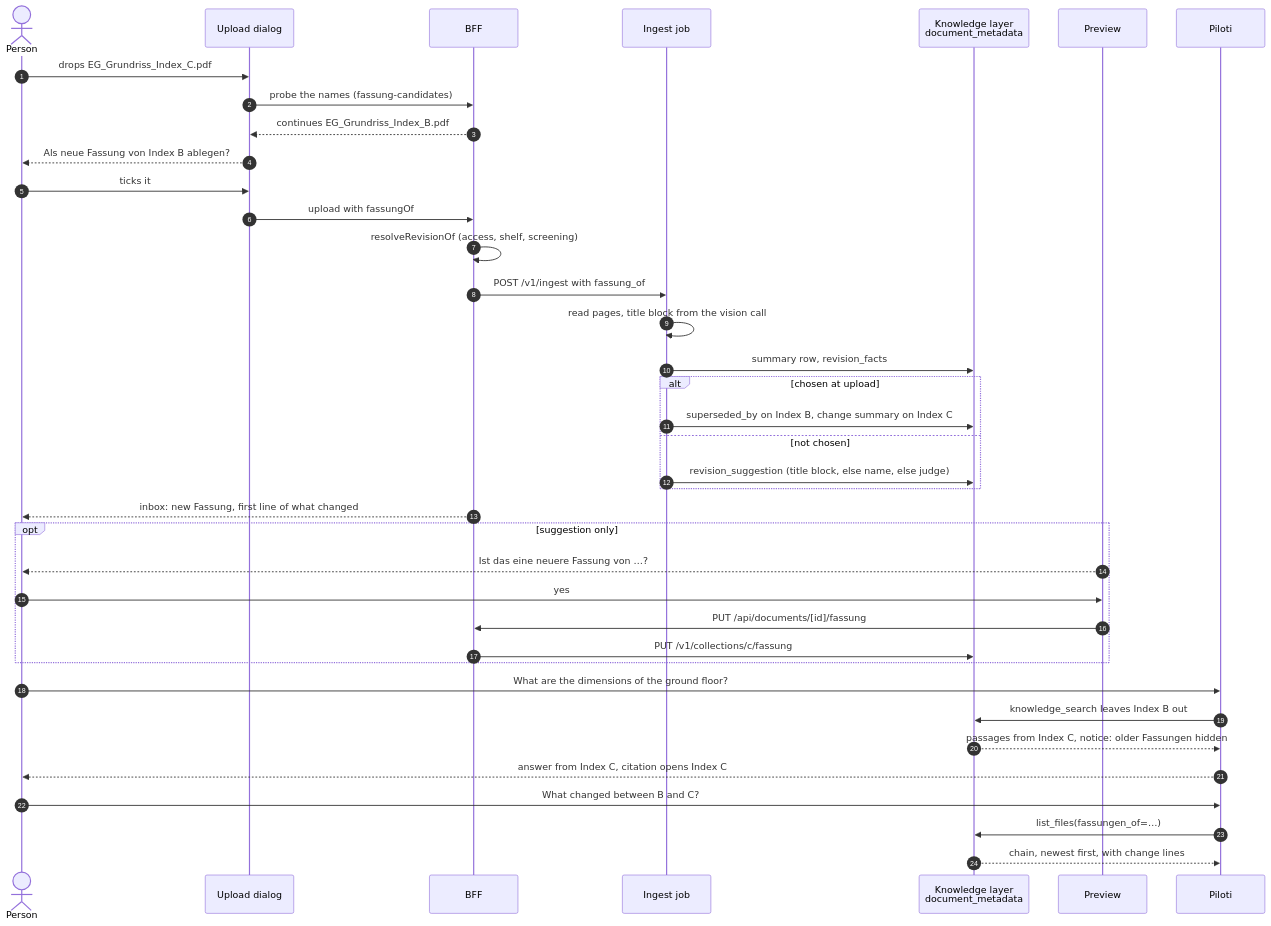
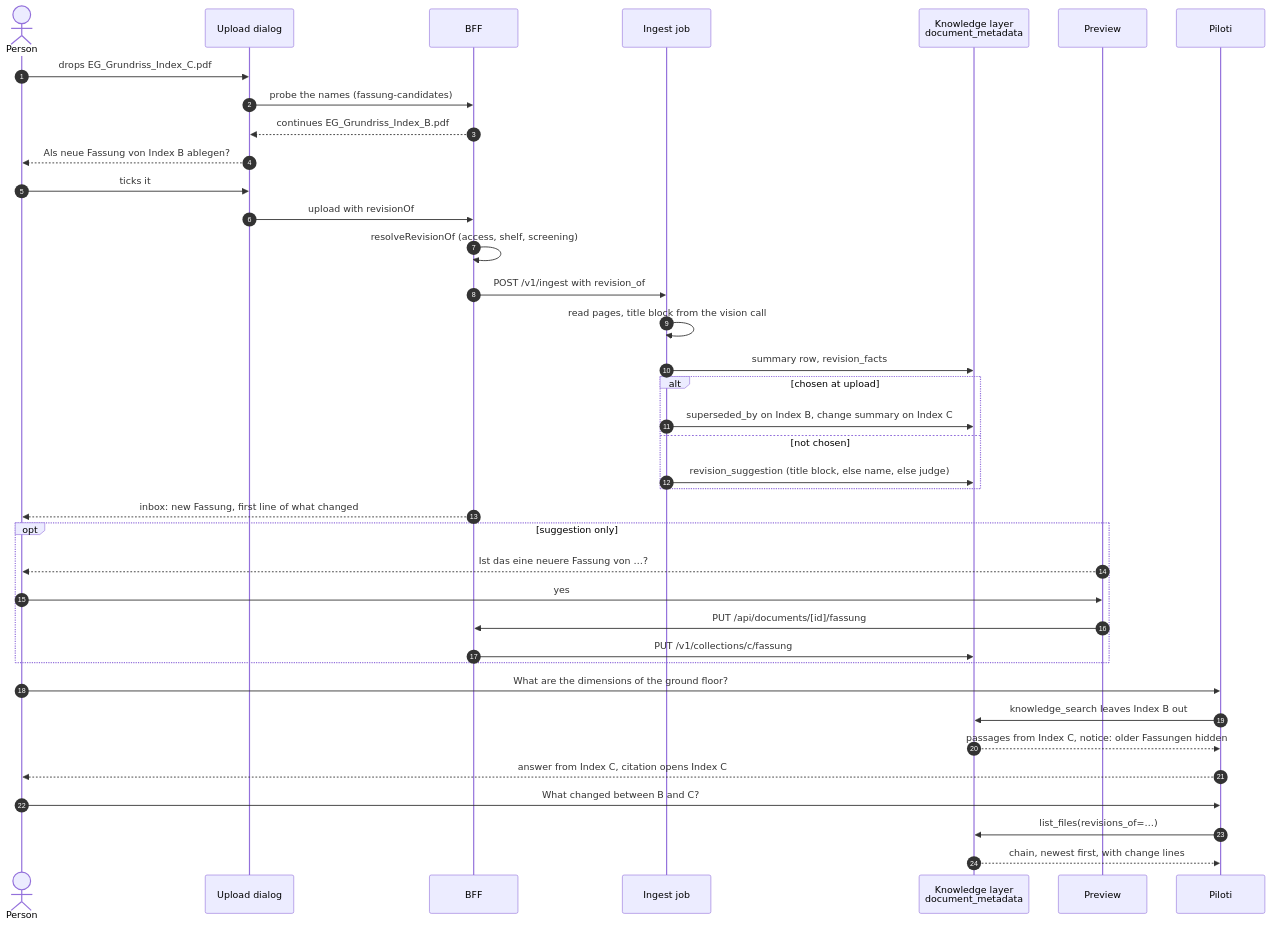
Before and after one commit to archos-at/archos: the diagram in docs/architecture/revisions.md, drawn with Mermaid. The commit also changed other lines of this file and 826 other files, not shown here.

````diff
--- a/docs/architecture/revisions.md
+++ b/docs/architecture/revisions.md
@@ -438,41 +438,41 @@
 ```mermaid
 sequenceDiagram
     autonumber
     actor P as Person
     participant UI as Upload dialog
     participant BFF as BFF
     participant IN as Ingest job
     participant KL as Knowledge layer<br/>document_metadata
     participant PV as Preview
     participant AG as Piloti
 
     P->>UI: drops EG_Grundriss_Index_C.pdf
     UI->>BFF: probe the names (fassung-candidates)
     BFF-->>UI: continues EG_Grundriss_Index_B.pdf
     UI-->>P: Als neue Fassung von Index B ablegen?
     P->>UI: ticks it
-    UI->>BFF: upload with fassungOf
+    UI->>BFF: upload with revisionOf
     BFF->>BFF: resolveRevisionOf (access, shelf, screening)
-    BFF->>IN: POST /v1/ingest with fassung_of
+    BFF->>IN: POST /v1/ingest with revision_of
     IN->>IN: read pages, title block from the vision call
     IN->>KL: summary row, revision_facts
     alt chosen at upload
         IN->>KL: superseded_by on Index B, change summary on Index C
     else not chosen
         IN->>KL: revision_suggestion (title block, else name, else judge)
     end
     BFF-->>P: inbox: new Fassung, first line of what changed
     opt suggestion only
         PV-->>P: Ist das eine neuere Fassung von …?
         P->>PV: yes
         PV->>BFF: PUT /api/documents/[id]/fassung
         BFF->>KL: PUT /v1/collections/c/fassung
     end
     P->>AG: What are the dimensions of the ground floor?
     AG->>KL: knowledge_search leaves Index B out
     KL-->>AG: passages from Index C, notice: older Fassungen hidden
     AG-->>P: answer from Index C, citation opens Index C
     P->>AG: What changed between B and C?
-    AG->>KL: list_files(fassungen_of=…)
+    AG->>KL: list_files(revisions_of=…)
     KL-->>AG: chain, newest first, with change lines
 ```
````
